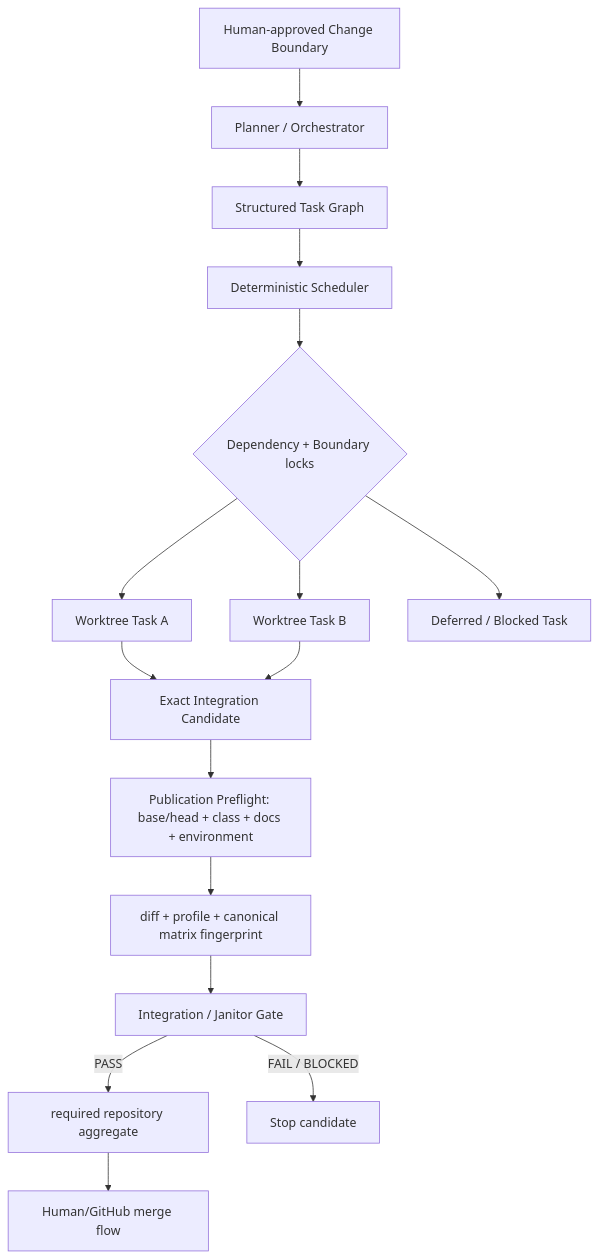
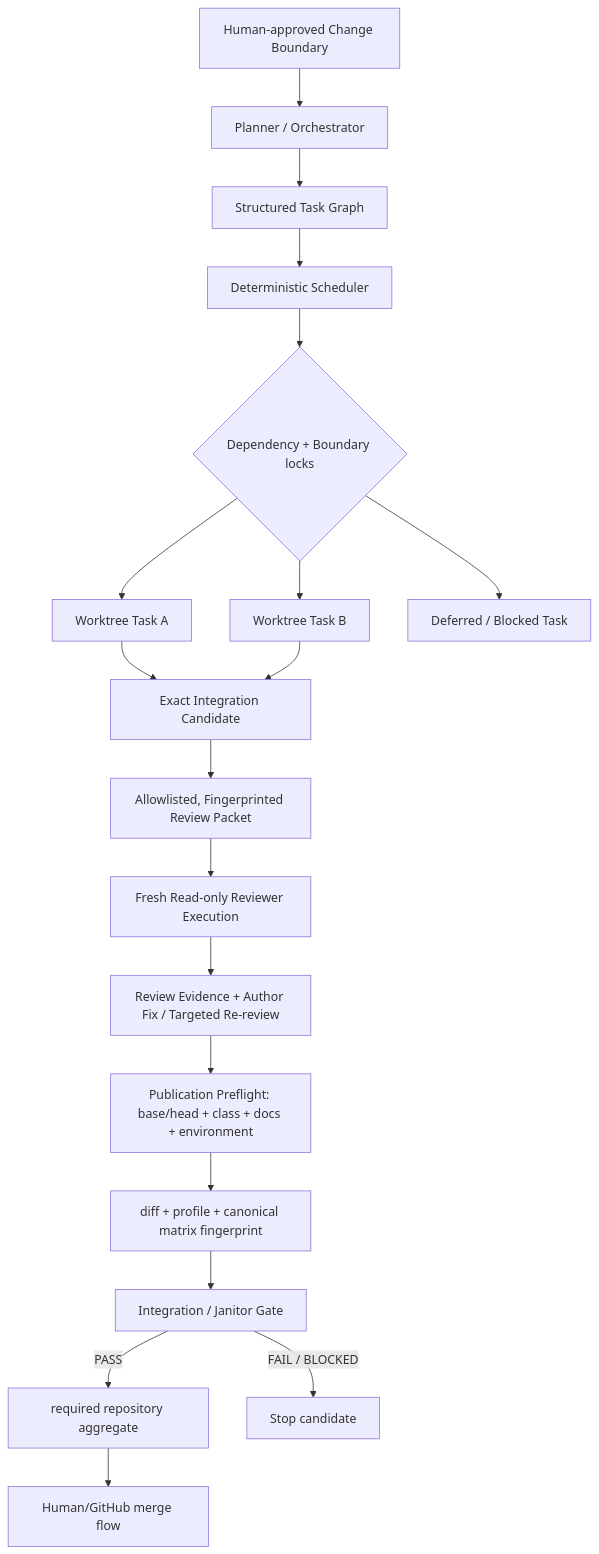
One commit to LucasLu3918/ai-product-system changed diagram 33 of 39 in docs/ARCHITECTURE.md. Above: the diagram before and after it, drawn with Mermaid. The commit also changed other lines of this file and 48 other files, not shown here.

```diff
--- a/docs/ARCHITECTURE.md
+++ b/docs/ARCHITECTURE.md
@@ -769,18 +769,21 @@
 ~~~mermaid
 flowchart TD
     H[Human-approved Change Boundary] --> P[Planner / Orchestrator]
     P --> TG[Structured Task Graph]
     TG --> DS[Deterministic Scheduler]
     DS --> L{Dependency + Boundary locks}
     L --> A[Worktree Task A]
     L --> B[Worktree Task B]
     L --> C[Deferred / Blocked Task]
     A --> IC[Exact Integration Candidate]
     B --> IC
-    IC --> PP[Publication Preflight: base/head + class + docs + environment]
+    IC --> RP[Allowlisted, Fingerprinted Review Packet]
+    RP --> RR[Fresh Read-only Reviewer Execution]
+    RR --> RE[Review Evidence + Author Fix / Targeted Re-review]
+    RE --> PP[Publication Preflight: base/head + class + docs + environment]
     PP --> FP[diff + profile + canonical matrix fingerprint]
     FP --> J[Integration / Janitor Gate]
     J -->|PASS| R[required repository aggregate]
     J -->|FAIL / BLOCKED| S[Stop candidate]
     R --> M[Human/GitHub merge flow]
 ~~~
```
